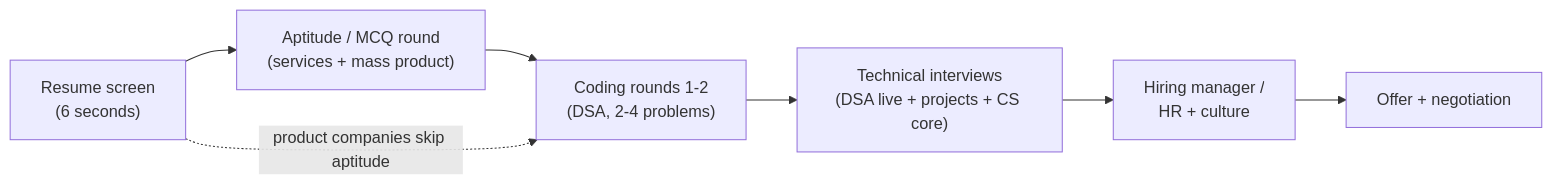
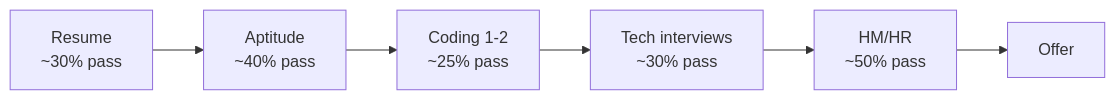
Before and after one commit to Anirudh-2810/Second-Brain: the first of 2 diagrams in wiki/modules/careers/interview-counter-guide.md, drawn with Mermaid. The commit also changed other lines of this file and 6 other files, not shown here.

````diff
--- a/wiki/modules/careers/interview-counter-guide.md
+++ b/wiki/modules/careers/interview-counter-guide.md
@@ -17,9 +32,8 @@
 ```mermaid
 flowchart LR
-    R["Resume screen<br/>(6 seconds)"] --> A["Aptitude / MCQ round<br/>(services + mass product)"]
-    A --> C["Coding rounds 1-2<br/>(DSA, 2-4 problems)"]
-    C --> T["Technical interviews<br/>(DSA live + projects + CS core)"]
-    T --> H["Hiring manager /<br/>HR + culture"]
-    H --> O["Offer + negotiation"]
-    R -.product companies skip aptitude.-> C
+    R["Resume<br/>~30% pass"] --> A["Aptitude<br/>~40% pass"]
+    A --> C["Coding 1-2<br/>~25% pass"]
+    C --> T["Tech interviews<br/>~30% pass"]
+    T --> H["HM/HR<br/>~50% pass"]
+    H --> O["Offer"]
 ```
````
